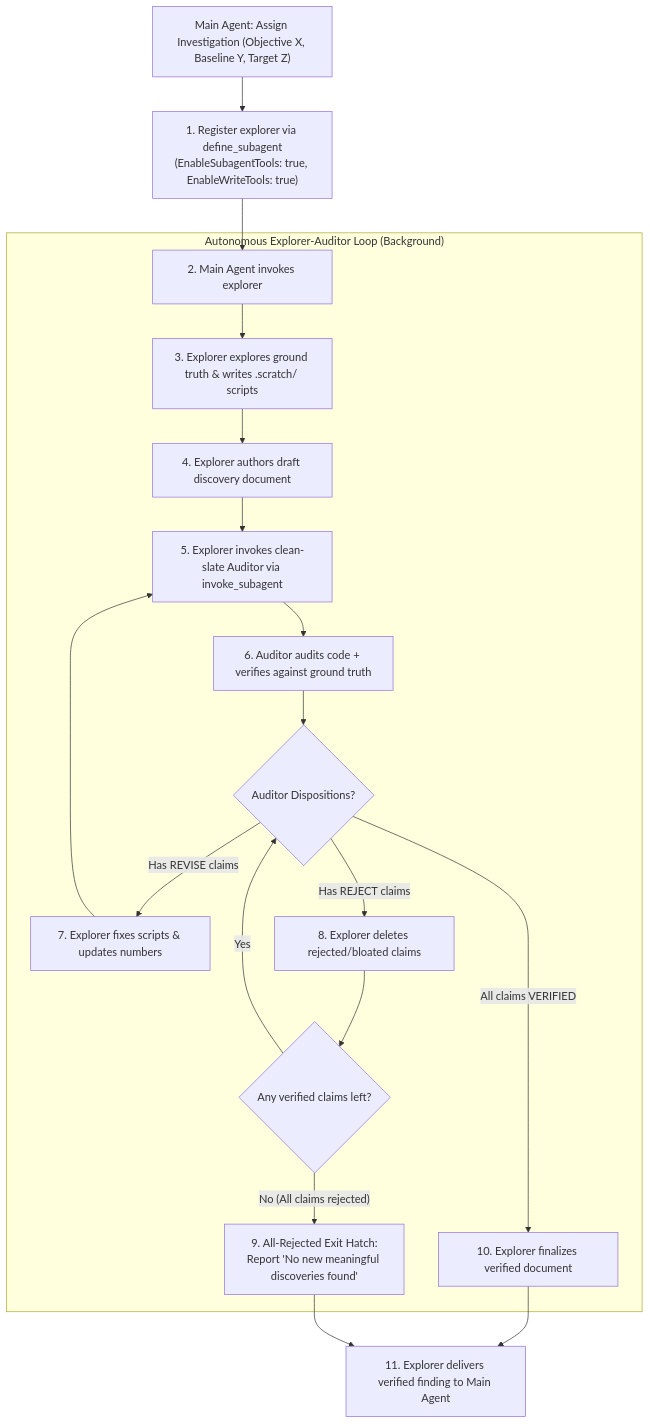
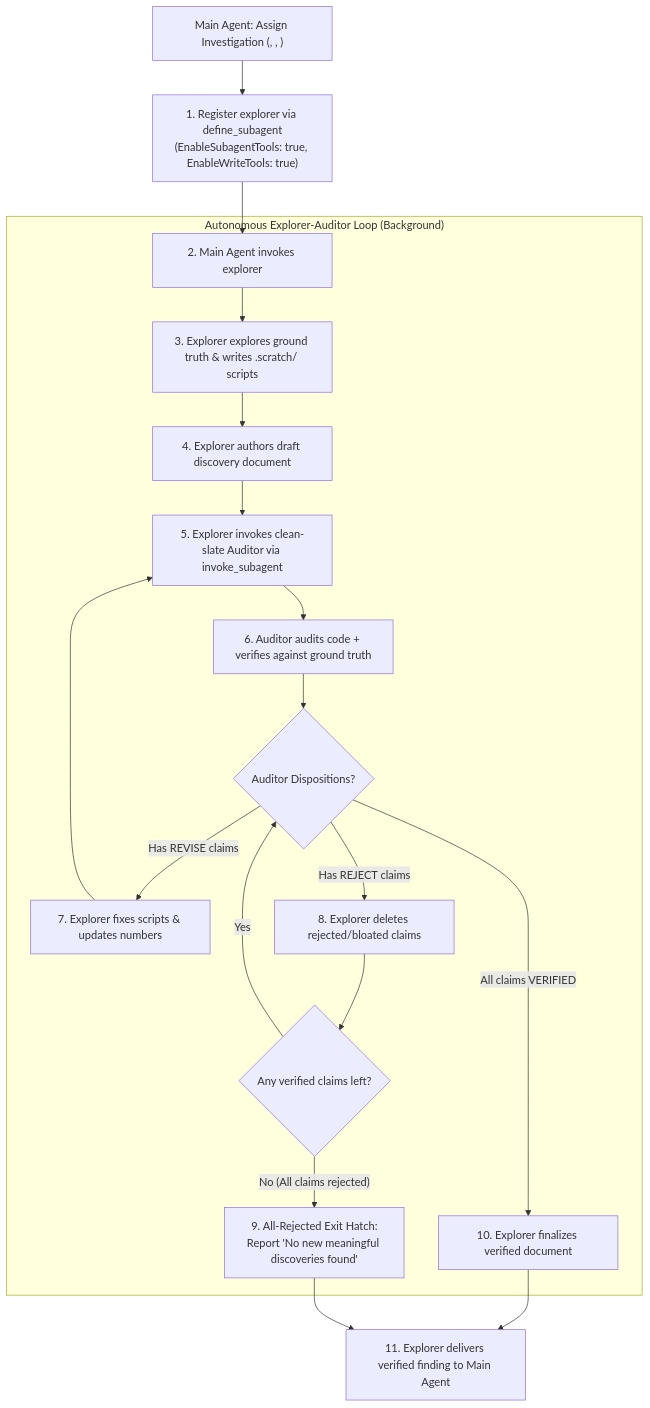
The diagram in engineering/empirical-discovery-loop/SKILL.md (loerei/myskills), drawn with Mermaid before and after one commit. The commit also changed other lines of this file and 3 other files, not shown here.

````diff
--- a/engineering/empirical-discovery-loop/SKILL.md
+++ b/engineering/empirical-discovery-loop/SKILL.md
@@ -26,23 +26,23 @@
 ```mermaid
 flowchart TD
-    Start["Main Agent: Assign Investigation (Objective X, Baseline Y, Target Z)"] --> Register["1. Register explorer via define_subagent<br/>(EnableSubagentTools: true, EnableWriteTools: true)"]
+    Start["Main Agent: Assign Investigation (<objective>, <known_baseline>, <target_scope>)"] --> Register["1. Register explorer via define_subagent<br/>(EnableSubagentTools: true, EnableWriteTools: true)"]
     Register --> SpawnExplorer["2. Main Agent invokes explorer"]
     
     subgraph LOOP["Autonomous Explorer-Auditor Loop (Background)"]
         SpawnExplorer --> Explore["3. Explorer explores ground truth & writes .scratch/ scripts"]
         Explore --> Draft["4. Explorer authors draft discovery document"]
         Draft --> SpawnAuditor["5. Explorer invokes clean-slate Auditor via invoke_subagent"]
         SpawnAuditor --> AuditExec["6. Auditor audits code + verifies against ground truth"]
         AuditExec --> AuditVerdict{"Auditor Dispositions?"}
         
         AuditVerdict -->|"Has REVISE claims"| Amend["7. Explorer fixes scripts & updates numbers"] --> SpawnAuditor
         AuditVerdict -->|"Has REJECT claims"| Prune["8. Explorer deletes rejected/bloated claims"] --> CheckRemaining{"Any verified claims left?"}
         
         CheckRemaining -->|"Yes"| AuditVerdict
         CheckRemaining -->|"No (All claims rejected)"| EmptyReport["9. All-Rejected Exit Hatch:<br/>Report 'No new meaningful discoveries found'"]
         AuditVerdict -->|"All claims VERIFIED"| FinalDoc["10. Explorer finalizes verified document"]
     end
     
     FinalDoc --> ReportMain["11. Explorer delivers verified finding to Main Agent"]
     EmptyReport --> ReportMain
 ```
````
